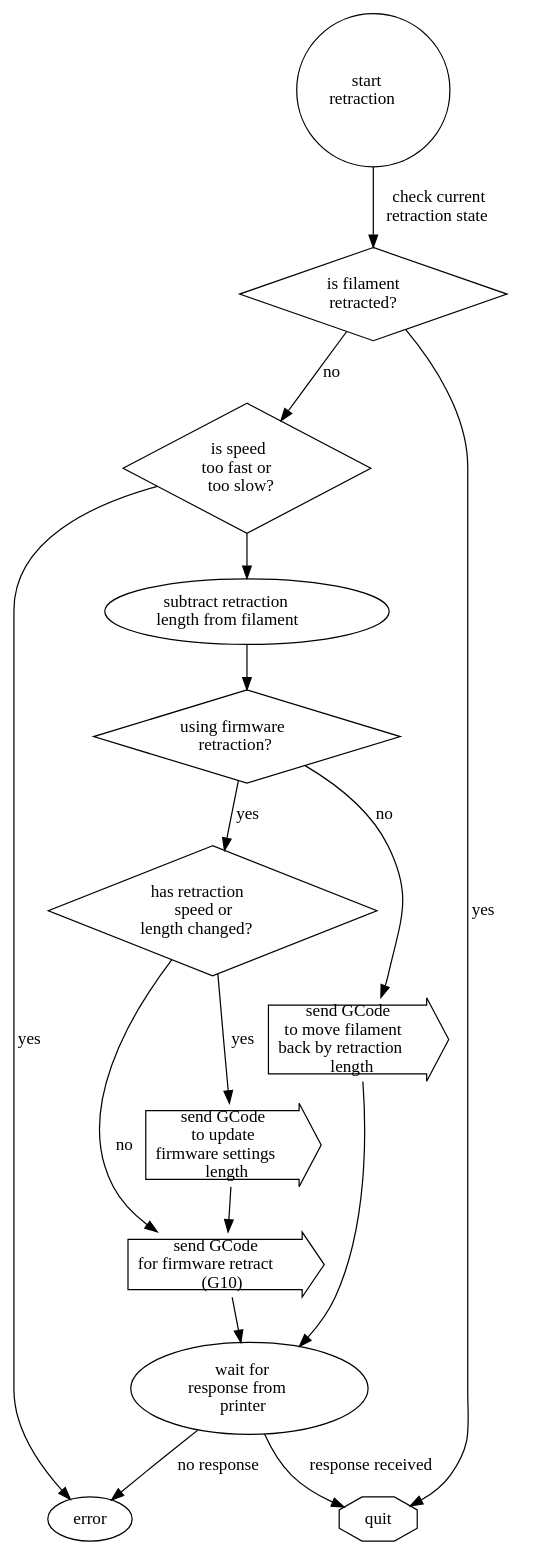
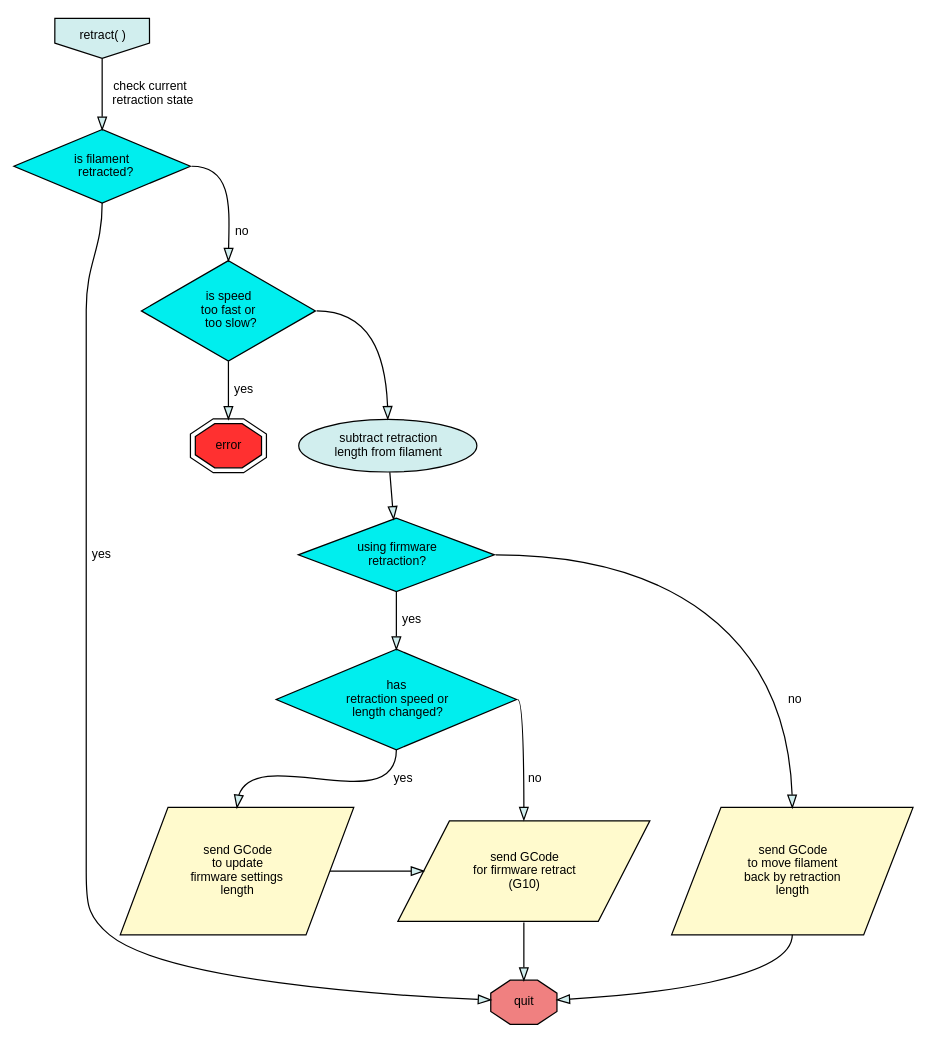
Before and after one commit to pixelpusher/liveprinter: the diagram in reference/retraction.dot, drawn with Graphviz. The commit also changed 4 other files, not shown here.

Commit message:
unretraction and retraction flowcharts and colours

```diff
--- a/reference/retraction.dot
+++ b/reference/retraction.dot
@@ -1,65 +1,64 @@
 digraph retract {
     splines="TRUE";
 
+    node [style="filled", fillcolor="lightcyan2", fontsize="10", fontname="Arial"]
+
+    edge [style="filled", fillcolor="lightcyan2", fontsize="10", fontname="Arial", compound=true]
+
     /* Entities */
-    start [label=<start<br/>retraction>, shape="circle" ]
+    start [label=<retract( )>, shape="invhouse" ]
     
     check [label=<is filament<br/>
-    retracted?> shape="diamond"]
+    retracted?> shape="diamond",style=filled, fillcolor="cyan2"]
     
     speedcheck[label=<is speed<br/>too fast or<br/>
-    too slow?> shape="diamond"]
+    too slow?> shape="diamond",style=filled, fillcolor="cyan2"]
     
     updatelength [label=<subtract retraction<br/>length from filament> shape="ellipse"]
 
-    firmwarecheck [label=<using firmware<br/>retraction?> shape="diamond"]
+    firmwarecheck [label=<using firmware<br/>retraction?> shape="diamond",style=filled, fillcolor="cyan2"]
 
-    speedchangecheck[label=<has retraction<br/>speed or<br/>length changed?> shape="diamond"]
+    speedchangecheck[label=<has<br/>retraction speed or<br/>length changed?> shape="diamond",style=filled, fillcolor="cyan2"]
 
-    manualretraction[label=<send GCode<br/>to move filament<br/>back by retraction<br/>length> shape="rarrow"]
+    manualretraction[label=<send GCode<br/>to move filament<br/>back by retraction<br/>length>, shape="parallelogram",style="filled",fillcolor="lemonchiffon"]
 
-    sendfirmwareupdate[label=<send GCode<br/>to update<br/>firmware settings<br/>length> shape="rarrow"]
+    sendfirmwareupdate[label=<send GCode<br/>to update<br/>firmware settings<br/>length>, shape="parallelogram",style="filled",fillcolor="lemonchiffon"]
 
-    sendfirmware [label=<send GCode<br/>for firmware retract<br/>(G10)> shape="rarrow"]
+    sendfirmware [label=<send GCode<br/>for firmware retract<br/>(G10)> , shape="parallelogram",style="filled",fillcolor="lemonchiffon"]
 
-    wait [label=<wait for<br/>
-    response from<br/>
-    printer>]
+    quit [shape="octagon",style=filled, fillcolor="lightcoral"]
 
-    quit [shape="octagon"]
+    error [shape="doubleoctagon",style=filled, fillcolor="firebrick1"]
 
 
     /* Relationships */
     start -> check [label=<check current<br/>
     retraction state>]
     
-    check -> quit [label="yes"]
+    check:s -> quit [label="  yes"]
 
-    check -> speedcheck [label="no"]
+    check:e -> speedcheck:n [label="  no"]
 
-    speedcheck -> error [label="yes"]
+    speedcheck:s -> error:n [label="  yes"]
 
-    speedcheck -> updatelength
+    speedcheck:e -> updatelength:n
 
     updatelength -> firmwarecheck
 
-    firmwarecheck -> speedchangecheck[label="yes"]
+    firmwarecheck:s -> speedchangecheck:n [label="  yes"]
 
-    firmwarecheck -> manualretraction[label="no"]
+    firmwarecheck:e -> manualretraction:n [label=" no"]
 
-    manualretraction -> wait
+    manualretraction:s -> quit
 
-    speedchangecheck -> sendfirmwareupdate[label="yes"]
+    speedchangecheck:s -> sendfirmwareupdate:n [label="  yes"]
 
     sendfirmwareupdate -> sendfirmware
 
-    sendfirmware -> wait
+    sendfirmware:s -> quit
 
-    speedchangecheck -> sendfirmware[label="no"]
-
-    wait -> quit[label="response received"]
-    wait -> error[label="no response"]
+    speedchangecheck:e -> sendfirmware:n [label="  no"]
 
     /* Ranks */
-    { rank=same; };
+    { rank=same; sendfirmwareupdate; sendfirmware;manualretraction};
 }
```
